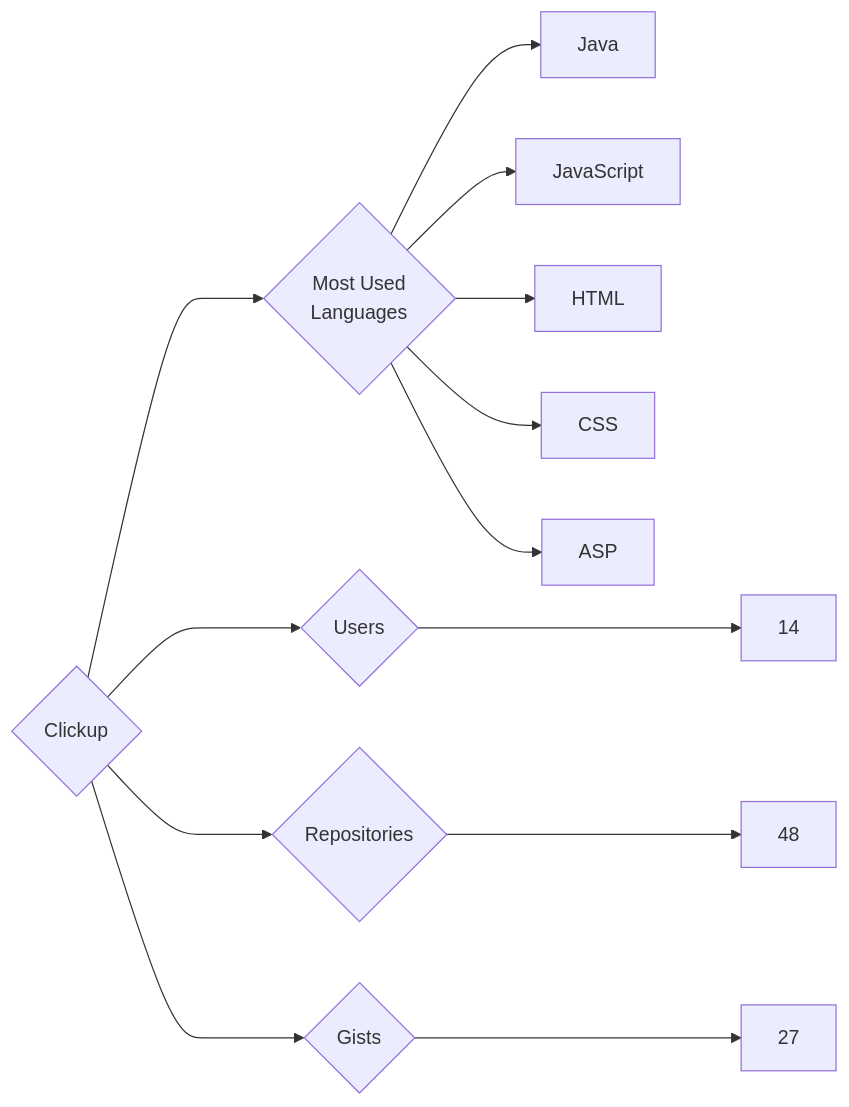
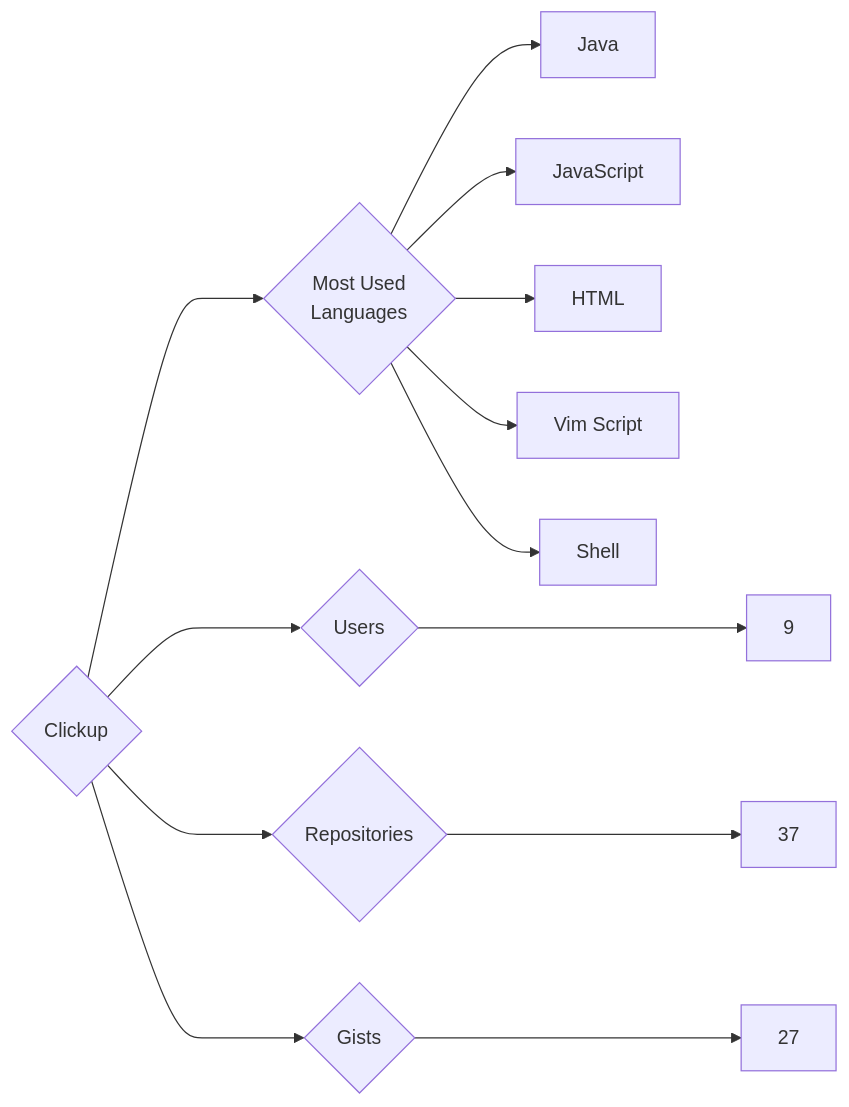
Before and after one commit to trickest/insiders: the diagram in targets/Clickup/README.md, drawn with Mermaid. The commit also changed 1084 other files, not shown here.

````diff
--- a/targets/Clickup/README.md
+++ b/targets/Clickup/README.md
@@ -3,13 +3,13 @@
 ```mermaid
 graph LR
 COMPANY_NAME{Clickup}
-COMPANY_NAME ---> U{Users} ---> UN[14]
-COMPANY_NAME ---> R{Repositories} ---> RN[48]
+COMPANY_NAME ---> U{Users} ---> UN[9]
+COMPANY_NAME ---> R{Repositories} ---> RN[37]
 COMPANY_NAME ---> G{Gists} ---> GN[27]
 COMPANY_NAME ---> ML{Most Used<br>Languages}
 ML --> Java[Java]
 ML --> JavaScript[JavaScript]
 ML --> HTML[HTML]
-ML --> CSS[CSS]
-ML --> ASP[ASP]
+ML --> Vim_Script[Vim Script]
+ML --> Shell[Shell]
 ```
````
